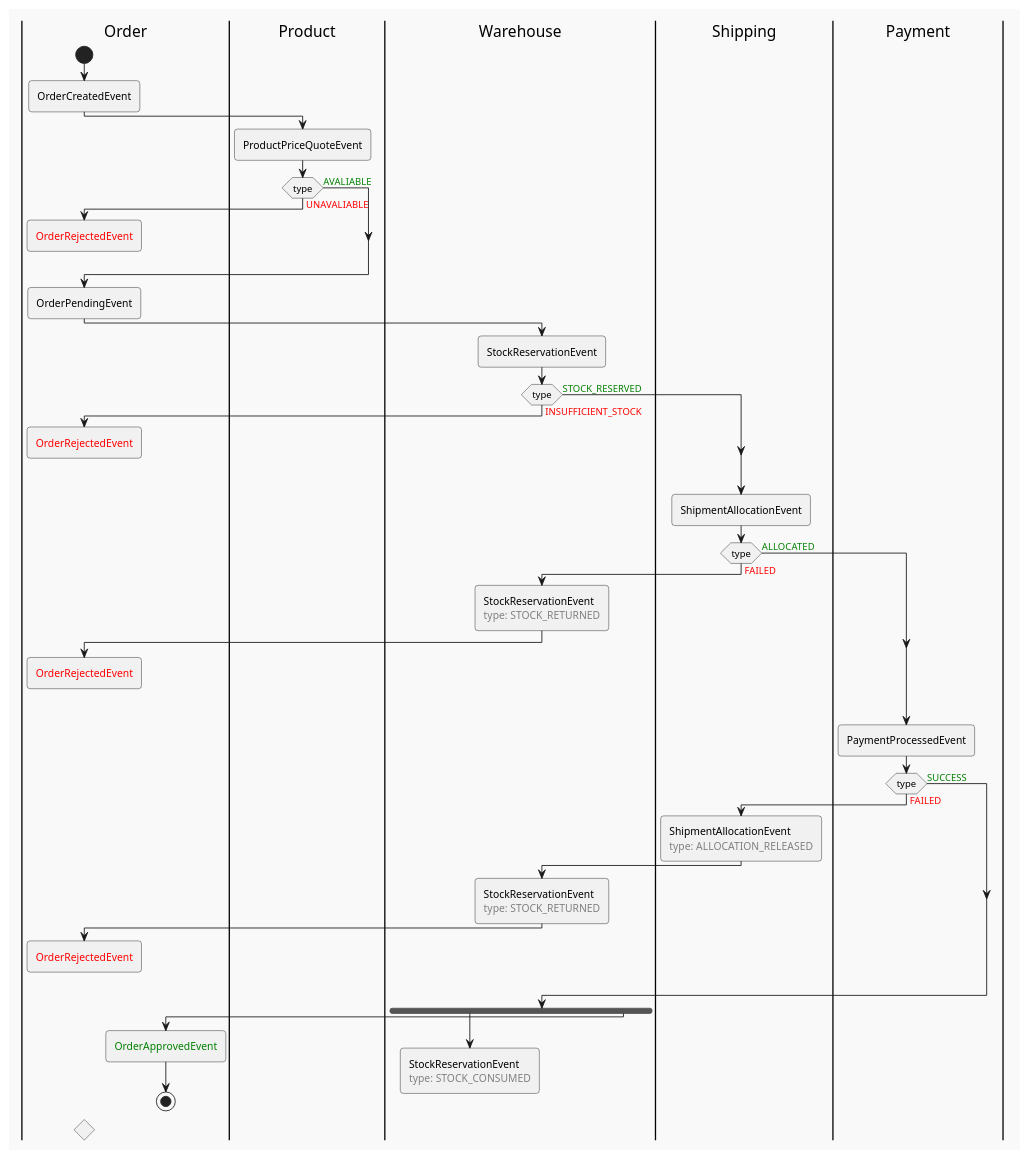
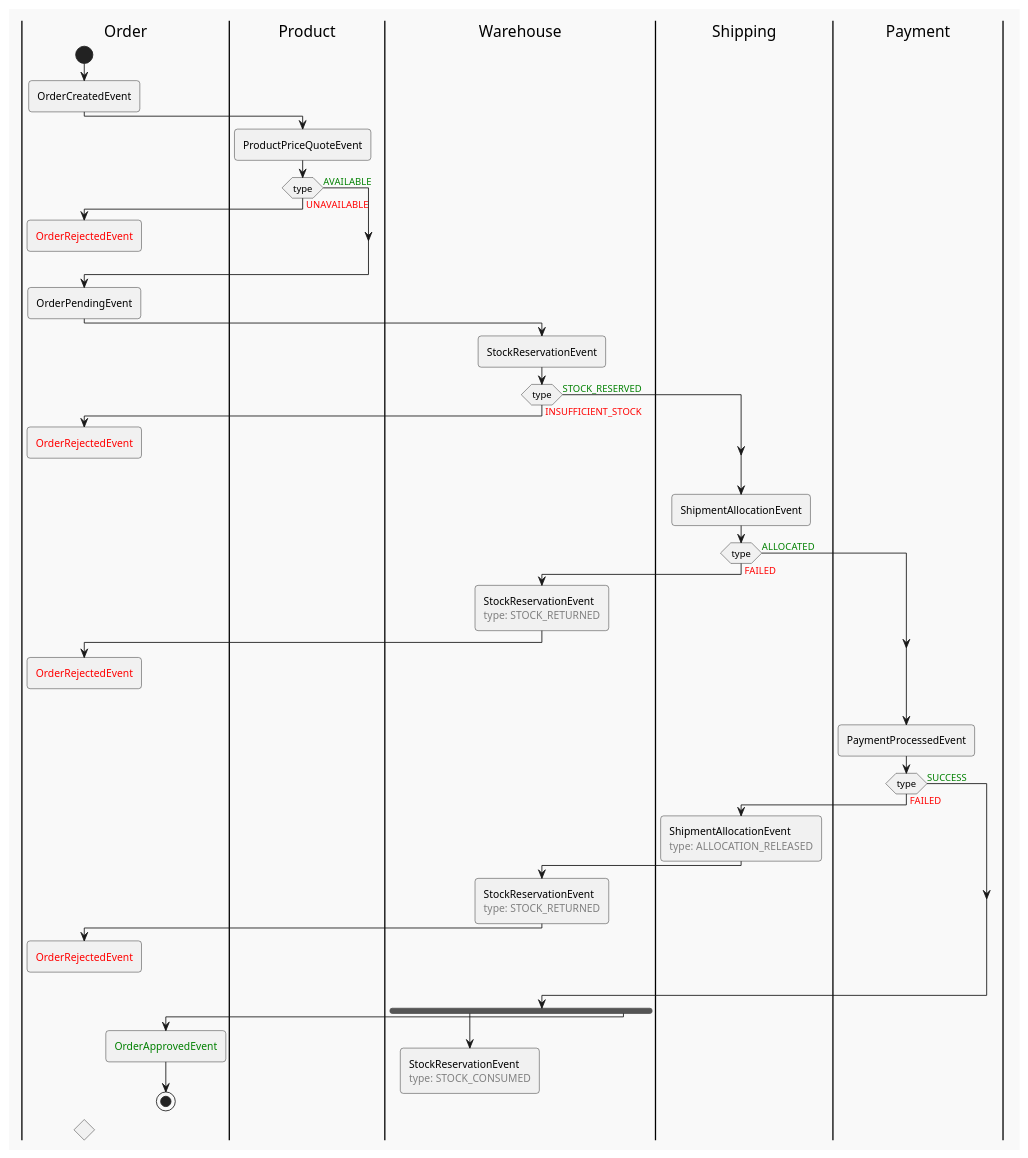
One commit to hexolan/stocklet changed the diagram in docs/imgs/placeordersaga.plantuml. Above: the diagram before and after it, drawn with PlantUML. The commit also changed 7 other files, not shown here.

```diff
--- a/docs/imgs/placeordersaga.plantuml
+++ b/docs/imgs/placeordersaga.plantuml
@@ -16,66 +16,66 @@
 @startuml placeordersaga
 !theme mars
 
 |Order|
 start
 :OrderCreatedEvent;
 
 |Product|
 :ProductPriceQuoteEvent;
-if (type) is (<color:red>UNAVALIABLE) then
+if (type) is (<color:red>UNAVAILABLE) then
   |Order|
   :<color:red>OrderRejectedEvent;
   kill
-else (<color:green>AVALIABLE)
+else (<color:green>AVAILABLE)
 endif
 
 |Order|
 :OrderPendingEvent;
 
 |Warehouse|
 :StockReservationEvent;
 if (type) is (<color:red>INSUFFICIENT_STOCK) then
   |Order|
   :<color:red>OrderRejectedEvent;
   kill
 else (<color:green>STOCK_RESERVED)
 endif
 
 |Shipping|
 :ShipmentAllocationEvent;
 if (type) is (<color:red>FAILED) then
   |Warehouse|
   :StockReservationEvent\n<color:grey>type: STOCK_RETURNED;
 
   |Order|
   :<color:red>OrderRejectedEvent;
   kill
 else (<color:green>ALLOCATED)
 endif
 
 |Payment|
 :PaymentProcessedEvent;
 if (type) is (<color:red>FAILED) then
   |Shipping|
   :ShipmentAllocationEvent\n<color:grey>type: ALLOCATION_RELEASED;
 
   |Warehouse|
   :StockReservationEvent\n<color:grey>type: STOCK_RETURNED;
 
   |Order|
   :<color:red>OrderRejectedEvent;
   kill
 else (<color:green>SUCCESS)
 endif
 
 fork
   |Warehouse|
   :StockReservationEvent\n<color:grey>type: STOCK_CONSUMED;
   kill
 fork again
   |Order|
   :<color:green>OrderApprovedEvent;
   stop
 end merge
 
 @enduml
```
